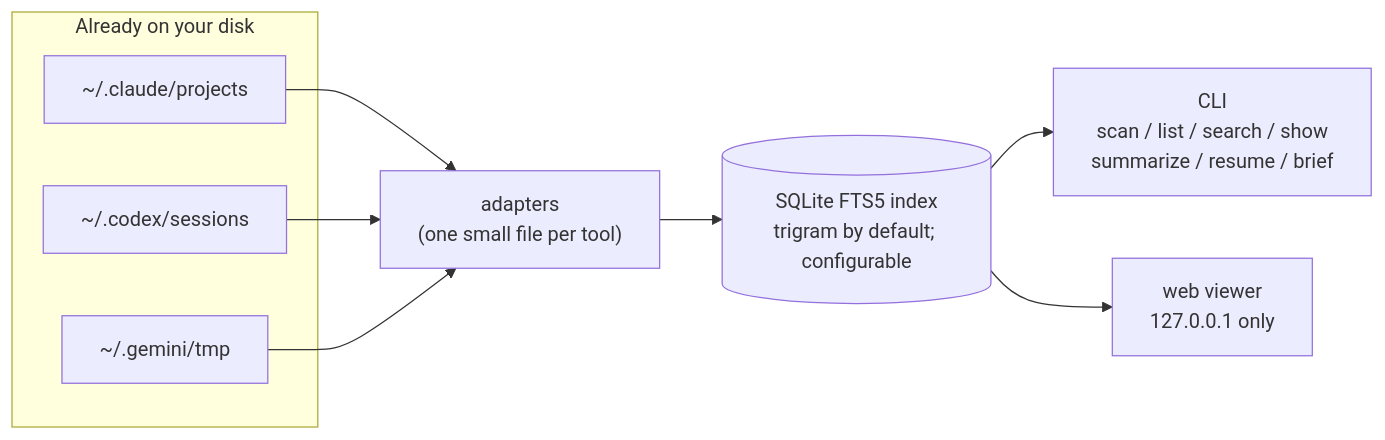
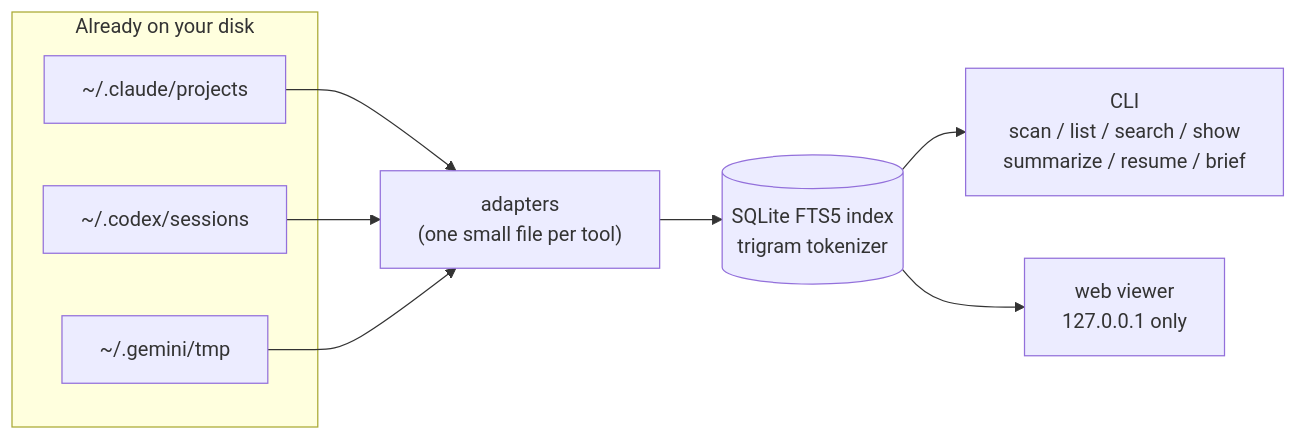
One commit to zqf20096327/dbhub_collect changed the diagram in data/readmes/youdie006__sessionwiki.md. Above: the diagram before and after it, drawn with Mermaid. The commit also changed other lines of this file and 1784 other files, not shown here.

````diff
--- a/data/readmes/youdie006__sessionwiki.md
+++ b/data/readmes/youdie006__sessionwiki.md
@@ -280,12 +267,12 @@
 ```mermaid
 flowchart LR
     subgraph stores["Already on your disk"]
         A["~/.claude/projects"]
         B["~/.codex/sessions"]
         C["~/.gemini/tmp"]
     end
     A & B & C --> AD["adapters<br>(one small file per tool)"]
-    AD --> IDX[("SQLite FTS5 index<br>trigram by default; configurable")]
+    AD --> IDX[("SQLite FTS5 index<br>trigram tokenizer")]
     IDX --> CLI["CLI<br>scan / list / search / show<br>summarize / resume / brief"]
     IDX --> WEB["web viewer<br>127.0.0.1 only"]
 ```
````
